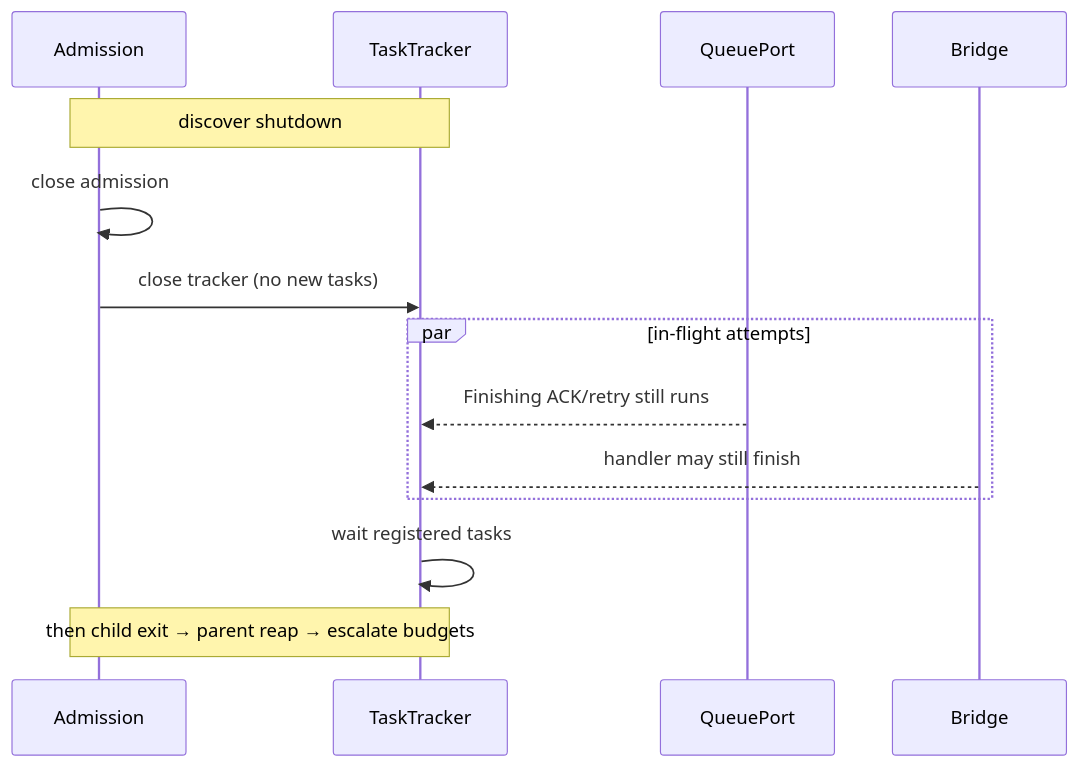
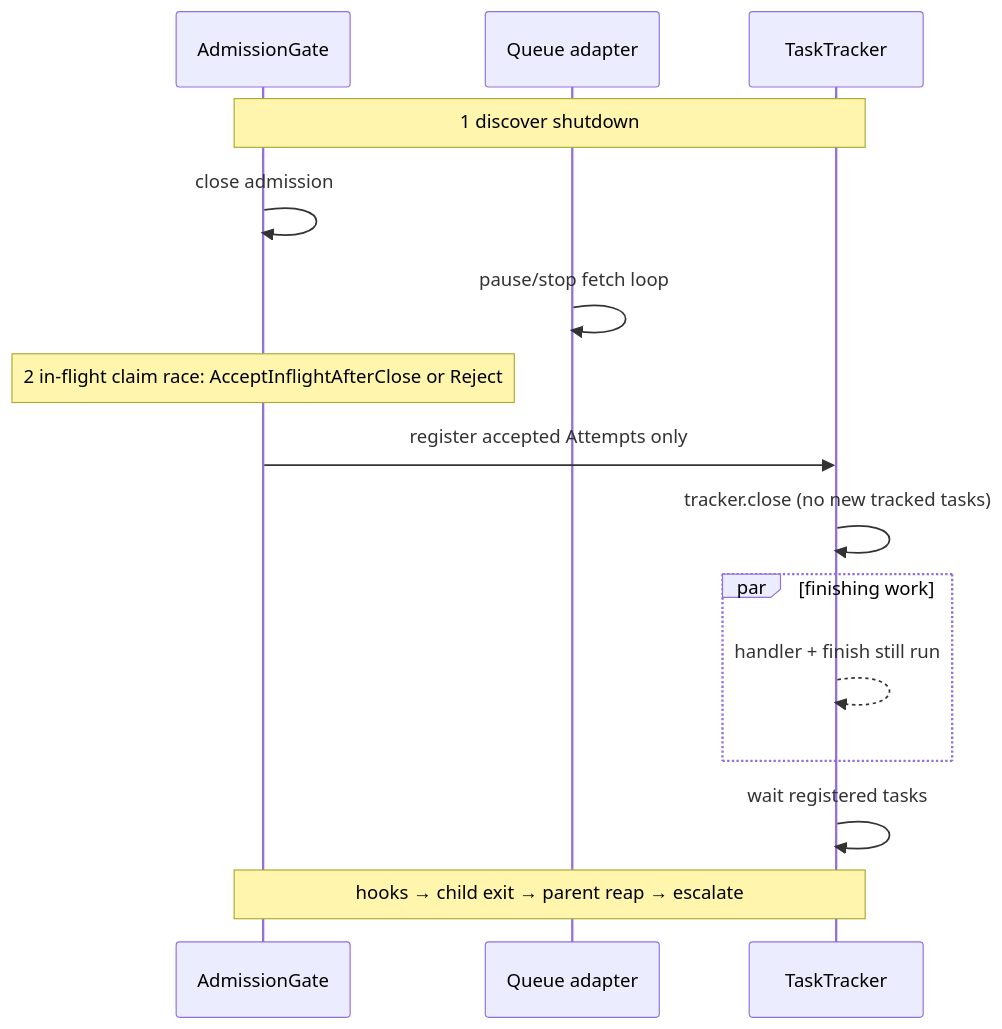
Before and after one commit to hewimetall/simple-redis-q: the second of 3 diagrams in docs/architecture/diagrams.md, drawn with Mermaid. The commit also changed other lines of this file and 26 other files, not shown here.

````diff
--- a/docs/architecture/diagrams.md
+++ b/docs/architecture/diagrams.md
@@ -57,16 +27,17 @@
 ```mermaid
 sequenceDiagram
-  participant Adm as Admission
+  participant Gate as AdmissionGate
+  participant Backend as Queue adapter
   participant Tr as TaskTracker
-  participant Q as QueuePort
-  participant B as Bridge
-  Note over Adm,Tr: discover shutdown
-  Adm->>Adm: close admission
-  Adm->>Tr: close tracker (no new tasks)
-  par in-flight attempts
-    Q-->>Tr: Finishing ACK/retry still runs
-    B-->>Tr: handler may still finish
+  Note over Gate,Tr: 1 discover shutdown
+  Gate->>Gate: close admission
+  Backend->>Backend: pause/stop fetch loop
+  Note over Gate: 2 in-flight claim race: AcceptInflightAfterClose or Reject
+  Gate->>Tr: register accepted Attempts only
+  Tr->>Tr: tracker.close (no new tracked tasks)
+  par finishing work
+    Tr-->>Tr: handler + finish still run
   end
   Tr->>Tr: wait registered tasks
-  Note over Adm,Tr: then child exit → parent reap → escalate budgets
+  Note over Gate,Tr: hooks → child exit → parent reap → escalate
 ```
````
